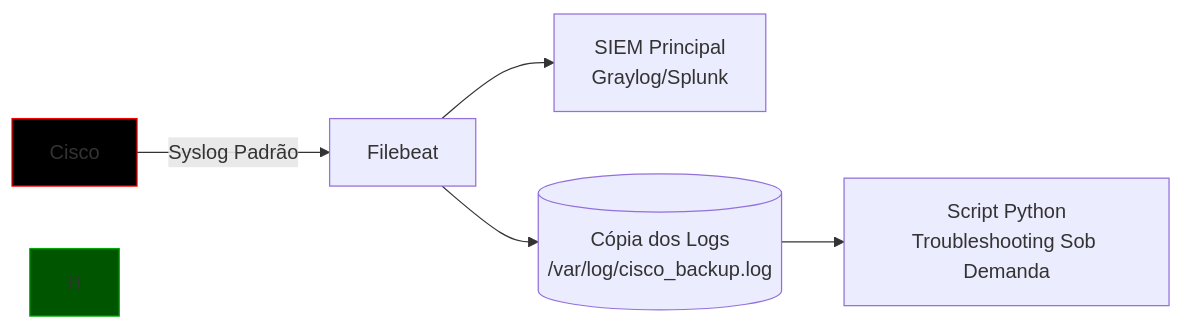
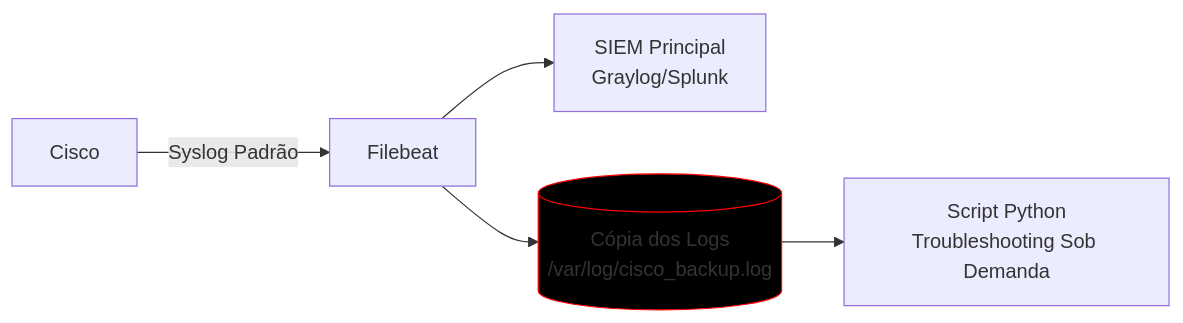
The third of 3 diagrams in CCNP 350-401 ENCOR/06 - Automation/17- Python - Basico 12 - Logging/README.md (alcancil/Cisco), drawn with Mermaid before and after one commit.

Commit message:
Alterado o arquivo README.md

````diff
--- a/CCNP 350-401 ENCOR/06 - Automation/17- Python - Basico 12 - Logging/README.md
+++ b/CCNP 350-401 ENCOR/06 - Automation/17- Python - Basico 12 - Logging/README.md
@@ -1846,11 +1846,10 @@
 ```mermaid
 flowchart LR
     A[Cisco] -->|Syslog Padrão| B[Filebeat]
     B --> C[SIEM Principal<br>Graylog/Splunk]
     B --> D[(Cópia dos Logs<br>/var/log/cisco_backup.log)]
     D --> E[Script Python<br>Troubleshooting Sob Demanda]
 
-    style H fill:#005500,stroke:#00AA00,color:#FFFFFF  # INFO
-    style A fill:#000000,stroke:#ff0000,color:#FFFFFF  # CRITICAL
+    style D fill:#000000,stroke:#ff0000,color:#FFFFFF  # Script Python
     
 ```
````
